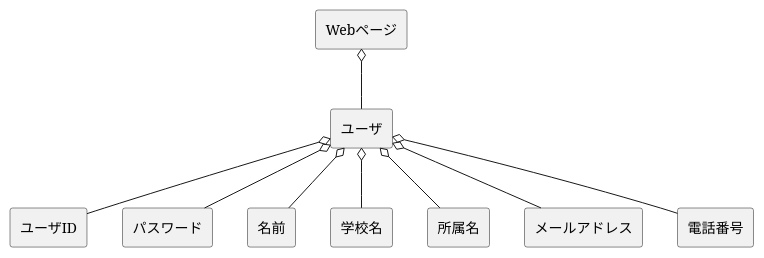
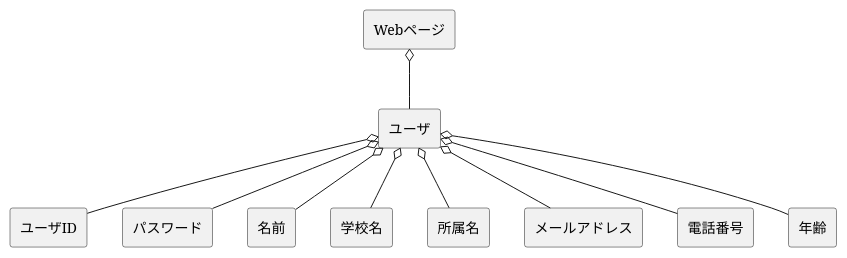
One commit to takano1228/ohara_uml changed the diagram in 07_web_visitor/domein.pu. Above: the diagram before and after it, drawn with PlantUML. The commit also changed 2 other files, not shown here.

```diff
--- a/07_web_visitor/domein.pu
+++ b/07_web_visitor/domein.pu
@@ -1,15 +1,16 @@
 @startuml 
 skinparam componentStyle rectangle
 
 [ユーザ] o-- [ユーザID]
 [ユーザ] o-- [パスワード]
 [ユーザ] o-- [名前]
 [ユーザ] o-- [学校名]
 [ユーザ] o-- [所属名]
 [ユーザ] o-- [メールアドレス]
 [ユーザ] o-- [電話番号]
+[ユーザ] o-- [年齢]
 
 [Webページ] o-- [ユーザ]
 
 
 @enduml
```
